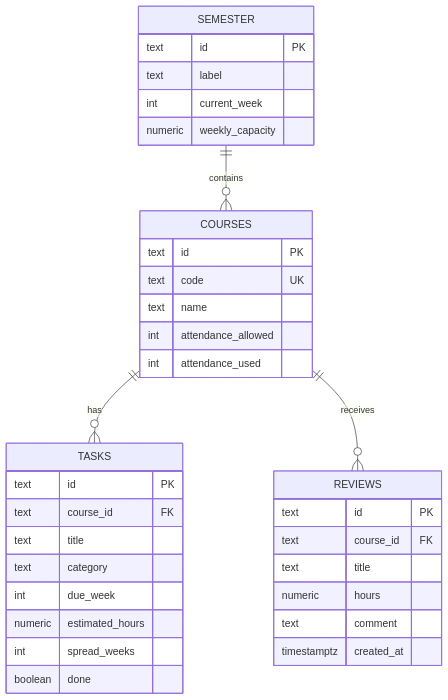
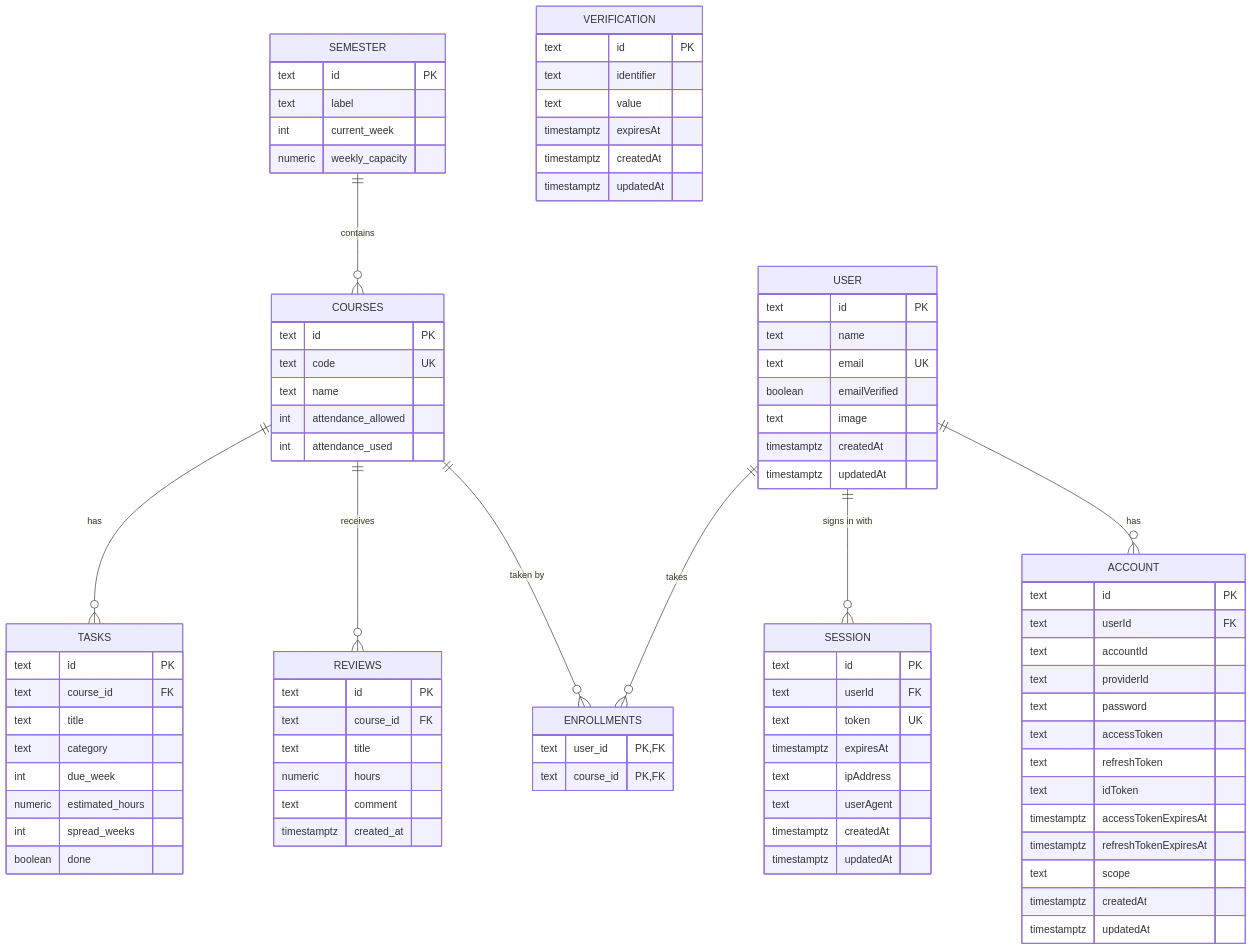
Before and after one commit to Tysonbb9/GroupB: the diagram in docs/DATABASE_DESIGN.md, drawn with Mermaid. The commit also changed other lines of this file and 5 other files, not shown here.

````diff
--- a/docs/DATABASE_DESIGN.md
+++ b/docs/DATABASE_DESIGN.md
@@ -66,6 +70,10 @@
     SEMESTER ||--o{ COURSES : "contains"
     COURSES ||--o{ TASKS : "has"
     COURSES ||--o{ REVIEWS : "receives"
+    USER ||--o{ ENROLLMENTS : "takes"
+    COURSES ||--o{ ENROLLMENTS : "taken by"
+    USER ||--o{ SESSION : "signs in with"
+    USER ||--o{ ACCOUNT : "has"
 
     SEMESTER {
         text id PK
@@ -98,4 +106,50 @@
         text comment
         timestamptz created_at
     }
+    USER {
+        text id PK
+        text name
+        text email UK
+        boolean emailVerified
+        text image
+        timestamptz createdAt
+        timestamptz updatedAt
+    }
+    SESSION {
+        text id PK
+        text userId FK
+        text token UK
+        timestamptz expiresAt
+        text ipAddress
+        text userAgent
+        timestamptz createdAt
+        timestamptz updatedAt
+    }
+    ACCOUNT {
+        text id PK
+        text userId FK
+        text accountId
+        text providerId
+        text password
+        text accessToken
+        text refreshToken
+        text idToken
+        timestamptz accessTokenExpiresAt
+        timestamptz refreshTokenExpiresAt
+        text scope
+        timestamptz createdAt
+        timestamptz updatedAt
+    }
+    VERIFICATION {
+        text id PK
+        text identifier
+        text value
+        timestamptz expiresAt
+        timestamptz createdAt
+        timestamptz updatedAt
+    }
+    ENROLLMENTS {
+        text user_id PK,FK
+        text course_id PK,FK
+    }
 ```
````
